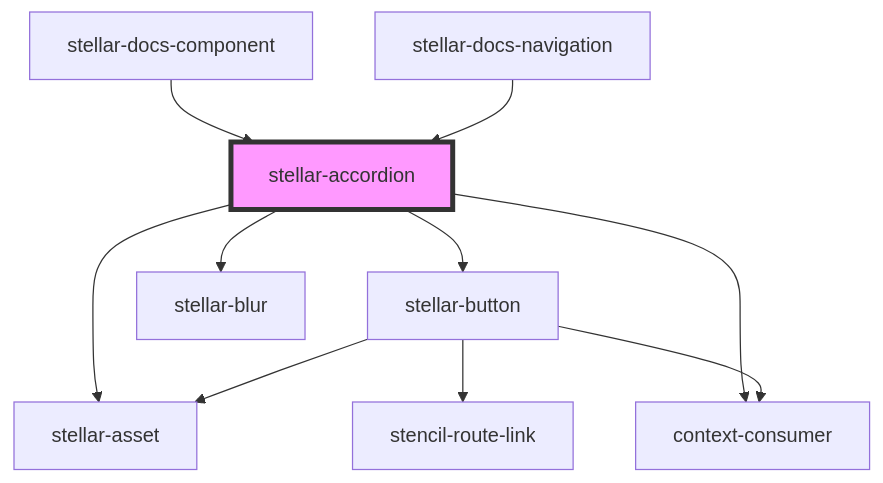
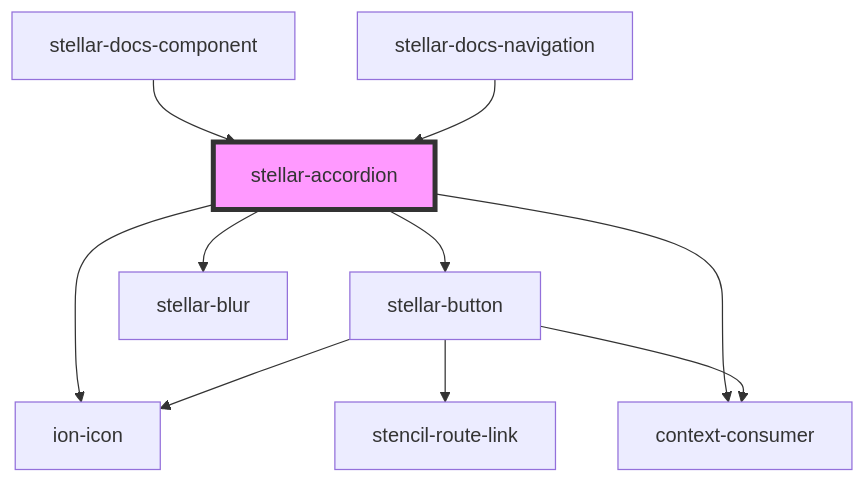
The diagram in src/components/ui/accordion/readme.md (splitinfinities/Stellar), drawn with Mermaid before and after one commit. The commit also changed other lines of this file and 108 other files, not shown here.

Commit message:
Remove stellar-asset.

````diff
--- a/src/components/ui/accordion/readme.md
+++ b/src/components/ui/accordion/readme.md
@@ -59,13 +59,13 @@
 ```mermaid
 graph TD;
   stellar-accordion --> stellar-button
-  stellar-accordion --> stellar-asset
+  stellar-accordion --> ion-icon
   stellar-accordion --> stellar-blur
   stellar-accordion --> context-consumer
-  stellar-button --> stellar-asset
+  stellar-button --> ion-icon
   stellar-button --> stencil-route-link
   stellar-button --> context-consumer
   stellar-docs-component --> stellar-accordion
   stellar-docs-navigation --> stellar-accordion
   style stellar-accordion fill:#f9f,stroke:#333,stroke-width:4px
 ```
````
